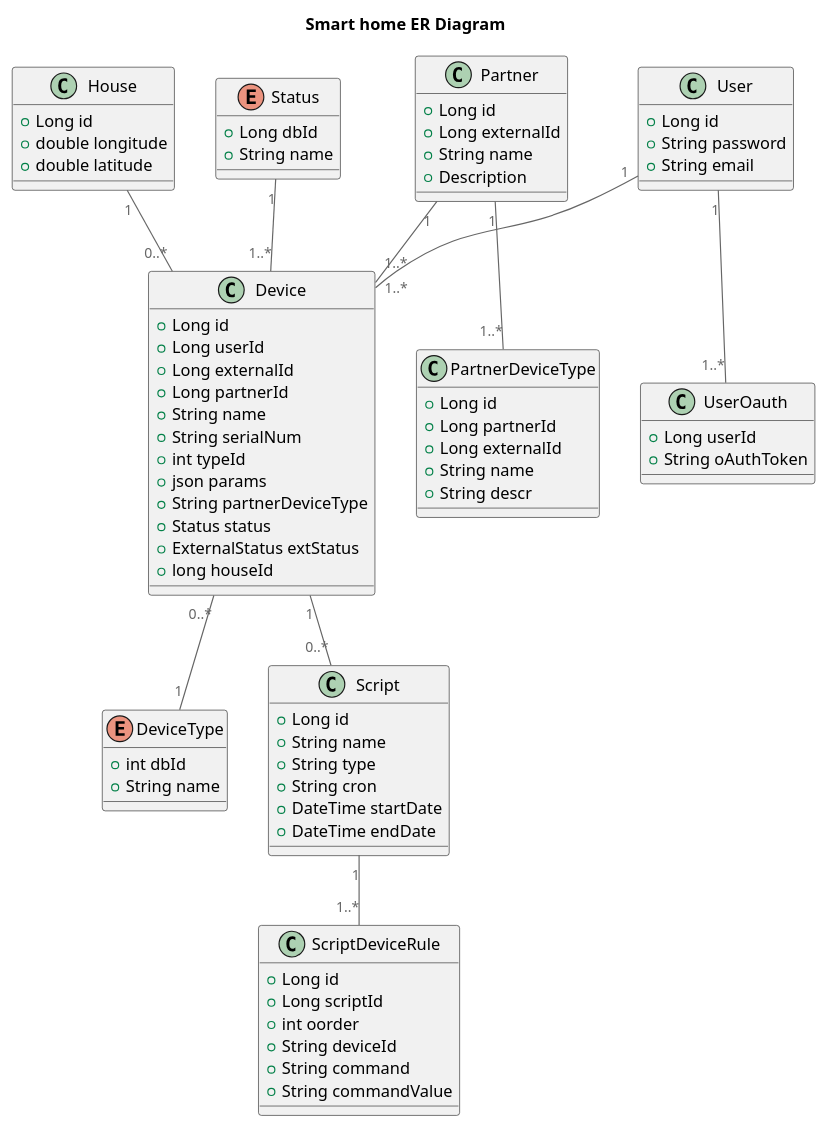
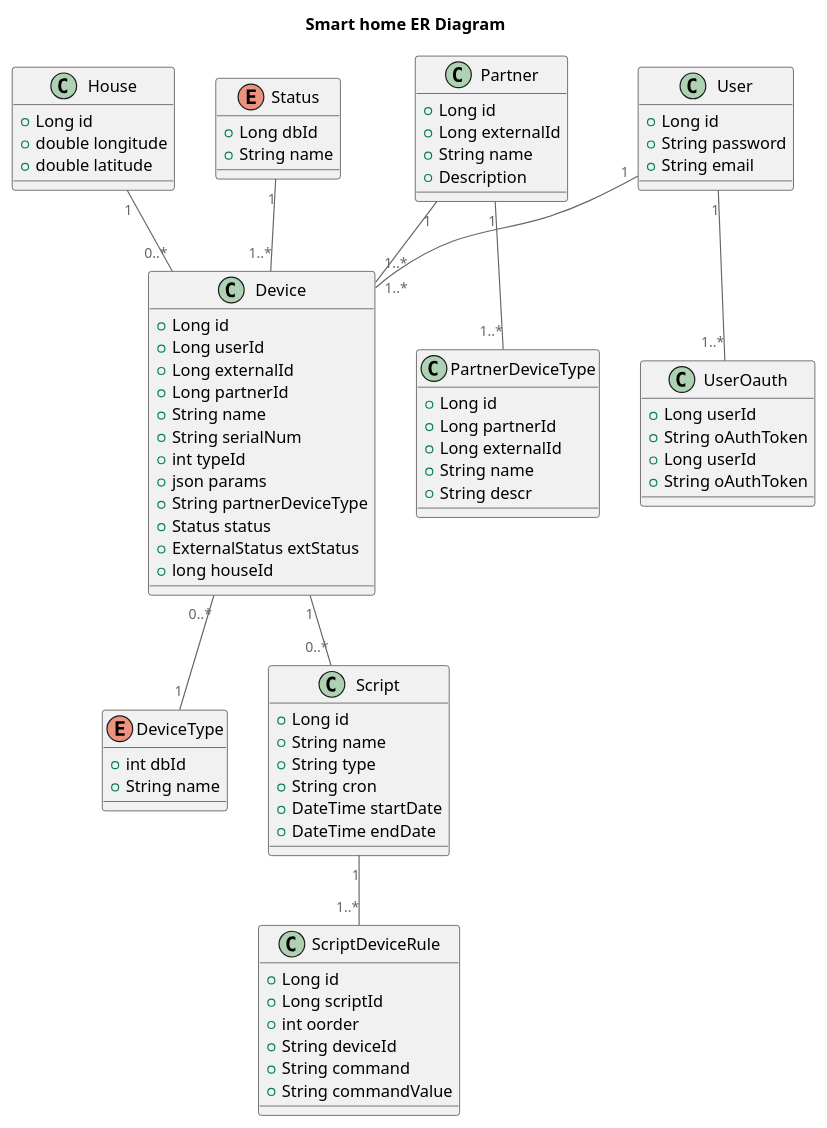
The diagram in smart-home-monolith/docs/ER.puml (tzaretskaya/architecture-sprint-3), drawn with PlantUML before and after one commit. The commit also changed 5 other files, not shown here.

```diff
--- a/smart-home-monolith/docs/ER.puml
+++ b/smart-home-monolith/docs/ER.puml
@@ -1,93 +1,99 @@
 @startuml
 title Smart home ER Diagram
 
 top to bottom direction
 
 !includeurl https://raw.githubusercontent.com/RicardoNiepel/C4-PlantUML/master/C4_Component.puml
 
 
 class Device {
   +Long id
   +Long userId
   +Long externalId
   +Long partnerId
   +String name
   +String serialNum
   +int typeId
   +json params
   +String partnerDeviceType
   +Status status
   +ExternalStatus extStatus
   +long houseId
 }
 
 class House {
   +Long id
   +double longitude
   +double latitude
 }
 
 enum Status {
   +Long dbId
   +String name
 }
 
 class Partner {
   +Long id
   +Long externalId
   +String name
   +Description
 }
 
 class PartnerDeviceType {
   +Long id
   +Long partnerId
   +Long externalId
   +String name
   +String descr
 }
 
 enum DeviceType {
   +int dbId
   +String name
 }
 
 class Script {
   +Long id
   +String name
   +String type
   +String cron
   +DateTime startDate
   +DateTime endDate
 }
 
 class ScriptDeviceRule {
   +Long id
   +Long scriptId
   +int oorder
   +String deviceId
   +String command
   +String commandValue
 }
 
 class User {
   +Long id
   +String password
   +String email
 }
 
 class UserOauth {
   +Long userId
   +String oAuthToken
 }
 
+
+class UserOauth {
+  +Long userId
+  +String oAuthToken
+}
+
 Device "0..*" -- "1" DeviceType
 House "1" -- "0..*" Device
 Device "1" -- "0..*" Script
 Partner "1" -- "1..*" Device
 Partner "1" -- "1..*" PartnerDeviceType
 Script "1" -- "1..*" ScriptDeviceRule
 User "1" -- "1..*" Device
 User "1" -- "1..*" UserOauth
 Status "1" -- "1..*" Device
 @enduml
```
